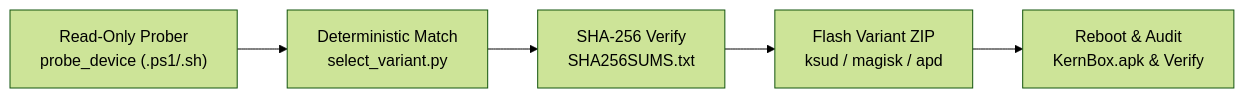
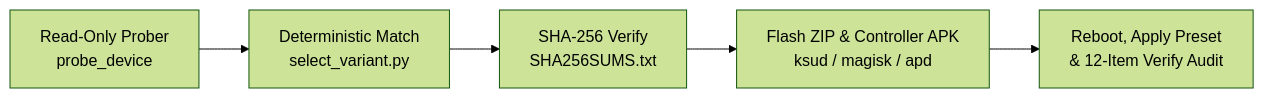
One commit to Touka404x/KernBox changed the diagram in README_EN.md. Above: the diagram before and after it, drawn with Mermaid (forest theme). The commit also changed other lines of this file and 5 other files, not shown here.

Commit message:
docs: refocus documentation around core problem, add Mermaid diagrams, TProxy guide, and FAQ

````diff
--- a/README_EN.md
+++ b/README_EN.md
@@ -62,7 +69,7 @@
 ```mermaid
 flowchart LR
-    A["Read-Only Prober<br/>probe_device (.ps1/.sh)"] --> B["Deterministic Match<br/>select_variant.py"]
+    A["Read-Only Prober<br/>probe_device"] --> B["Deterministic Match<br/>select_variant.py"]
     B --> C["SHA-256 Verify<br/>SHA256SUMS.txt"]
-    C --> D["Flash Variant ZIP<br/>ksud / magisk / apd"]
-    D --> E["Reboot &amp; Audit<br/>KernBox.apk &amp; Verify"]
+    C --> D["Flash ZIP &amp; Controller APK<br/>ksud / magisk / apd"]
+    D --> E["Reboot, Apply Preset<br/>&amp; 12-Item Verify Audit"]
 ```
````
